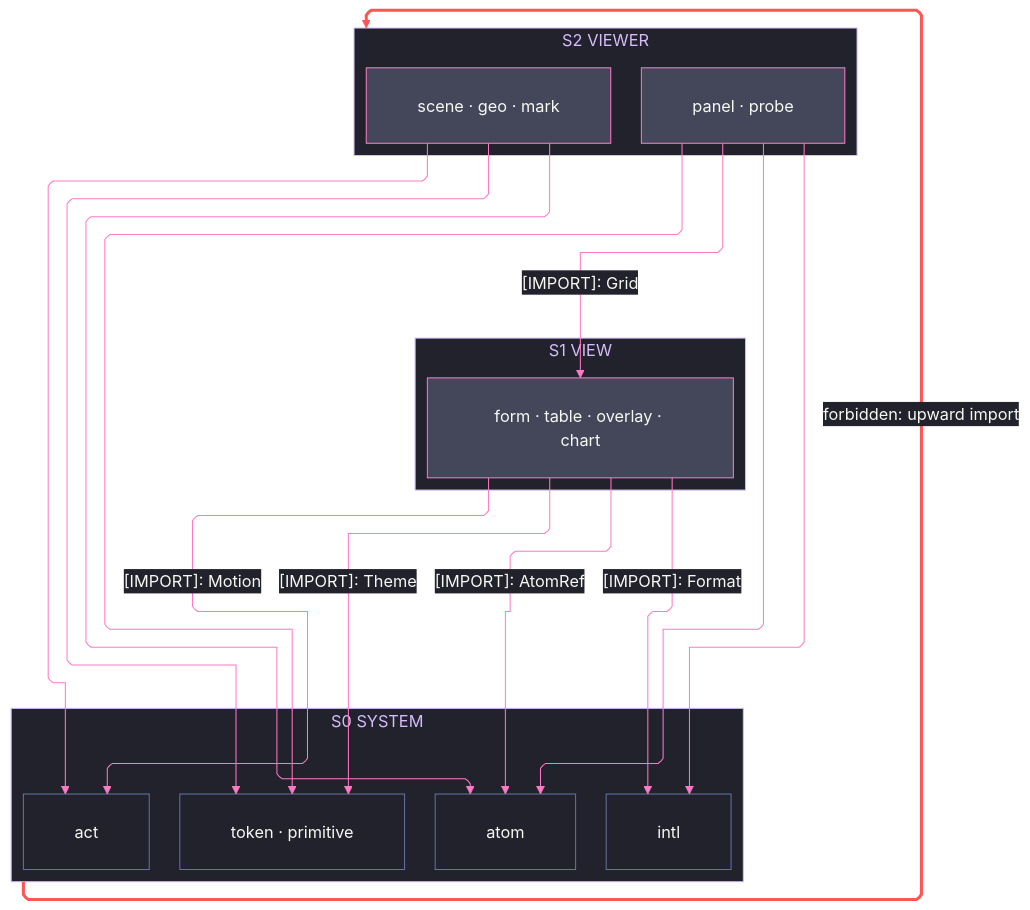
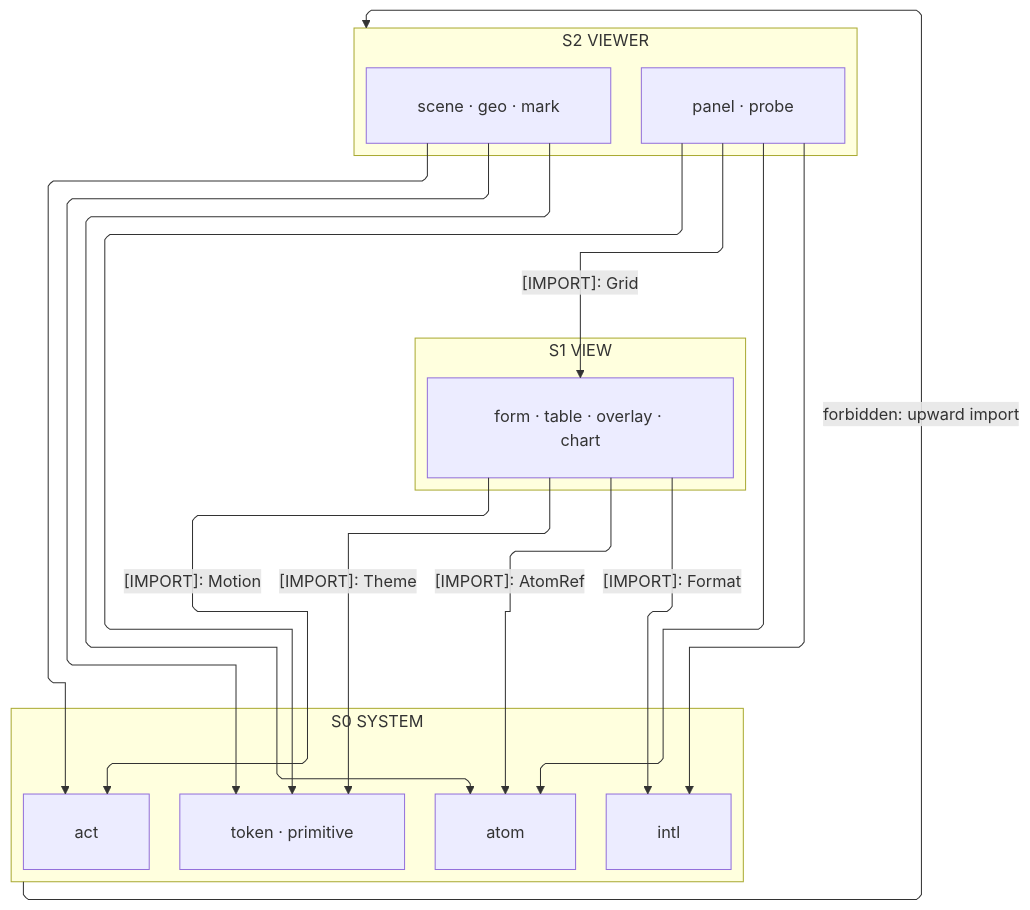
One commit to bsamiee/Rasm changed the first of 2 diagrams in libs/typescript/ui/ARCHITECTURE.md. Above: the diagram before and after it, drawn with Mermaid. The commit also changed other lines of this file and 460 other files, not shown here.

````diff
--- a/libs/typescript/ui/ARCHITECTURE.md
+++ b/libs/typescript/ui/ARCHITECTURE.md
@@ -36,64 +36,37 @@
 ```mermaid
 ---
 config:
-  theme: base
-  look: classic
   layout: elk
   flowchart:
     curve: linear
     padding: 25
-  themeVariables:
-    darkMode: true
-    fontFamily: "SF Mono, Menlo, Cascadia Mono, Segoe UI Mono, Consolas, monospace"
-    useGradient: false
-    dropShadow: "none"
-    background: "#282A36"
-    primaryColor: "#44475A"
-    primaryTextColor: "#F8F8F2"
-    primaryBorderColor: "#BD93F9"
-    lineColor: "#FF79C6"
-    textColor: "#F8F8F2"
-    clusterBkg: "#21222C"
-    clusterBorder: "#D6BCFA"
-    edgeLabelBackground: "#21222C"
-    labelBackgroundColor: "#21222C"
-    titleColor: "#D6BCFA"
-  themeCSS: ".nodeLabel{font-size:13px;font-weight:500}.edgeLabel{font-size:12px;font-weight:500}.cluster-label .nodeLabel{font-size:13.5px;font-weight:700;letter-spacing:.08em}.edge-thickness-normal{stroke-width:2px}.edge-thickness-thick{stroke-width:3px}.edge-pattern-dashed,.edge-pattern-dotted{stroke-width:1.5px;stroke-dasharray:4 6}.node rect,.node circle,.node polygon,.node path,.node .outer-path{stroke-width:1.5px;filter:none!important}.cluster rect{stroke-width:1px!important;stroke-dasharray:5 4!important;filter:none!important}.marker path{transform:scale(.8);transform-origin:5px 5px}.marker circle{transform:scale(.48);transform-origin:5px 5px}.edgeLabel rect{transform-box:fill-box;transform-origin:center;transform:scale(1.1,1.2)}"
 ---
 flowchart TB
     accTitle: Ui interior import strata
     accDescr: Three interior waves — the viewer spatial project over the view surfaces onto the system floor — every import downward, labeled edges naming one sourced type each, and one forbidden upward edge styled red.
     subgraph S2["S2 VIEWER"]
         Scene["scene · geo · mark"]
         Board["panel · probe"]
     end
     subgraph S1["S1 VIEW"]
         View["form · table · overlay · chart"]
     end
     subgraph S0["S0 SYSTEM"]
         Token["token · primitive"]
         Act[act]
         Atom[atom]
         Intl[intl]
     end
     View e1@-->|"[IMPORT]: AtomRef"| Atom
     View e2@-->|"[IMPORT]: Format"| Intl
     View e3@-->|"[IMPORT]: Theme"| Token
     View e4@-->|"[IMPORT]: Motion"| Act
     Scene e5@--> Token
     Scene e6@--> Act
     Scene e7@--> Atom
     Board e8@--> Atom
     Board e9@--> Intl
     Board e10@--> Token
     Board e11@-->|"[IMPORT]: Grid"| View
     S0 f1@-->|"forbidden: upward import"| S2
-    classDef primary fill:#44475A,stroke:#FF79C6,color:#F8F8F2
-    classDef recessed fill:#21222C,stroke:#6272A4,color:#F8F8F2
-    classDef edgeControl stroke:#FF79C6,color:#F8F8F2
-    classDef edgeError stroke:#FF5555,stroke-width:3px,color:#F8F8F2
-    class Scene,Board,View primary
-    class Token,Act,Atom,Intl recessed
-    class e1,e2,e3,e4,e5,e6,e7,e8,e9,e10,e11 edgeControl
-    class f1 edgeError
 ```
````
